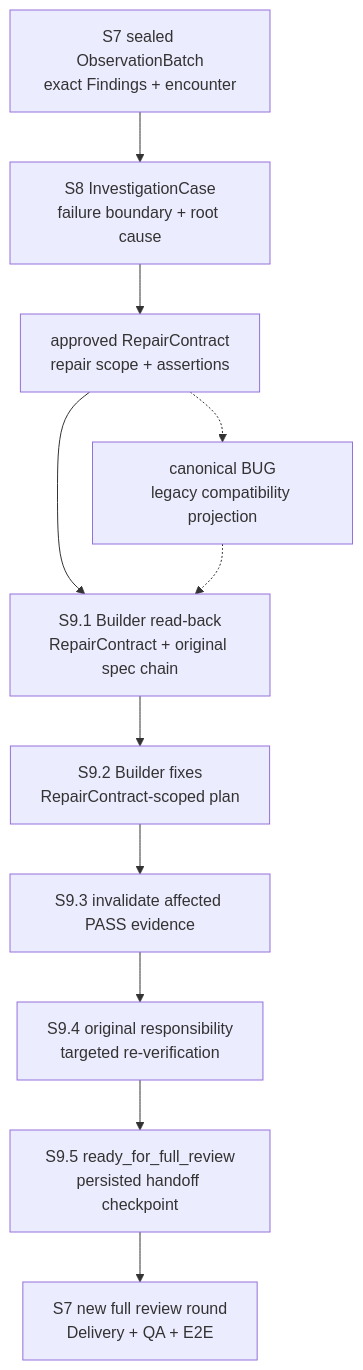
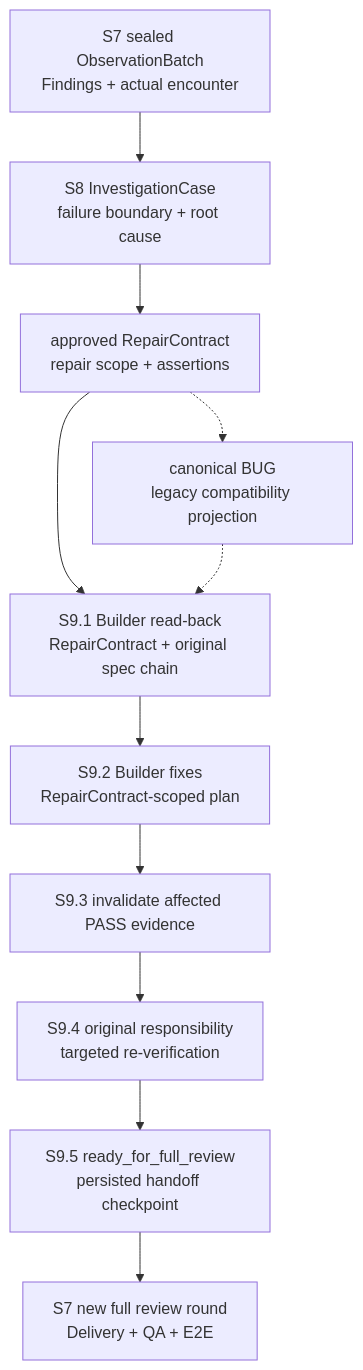
One commit to entroforge/go-system-builder changed the second of 2 diagrams in docs/control/agent-protocol.md. Above: the diagram before and after it, drawn with Mermaid. The commit also changed other lines of this file and 1562 other files, not shown here.

````diff
--- a/docs/control/agent-protocol.md
+++ b/docs/control/agent-protocol.md
@@ -535,17 +603,17 @@
   ```mermaid
   flowchart TD
-      FINDING["S7 sealed ObservationBatch<br/>exact Findings + encounter"]
+      FINDING["S7 sealed ObservationBatch<br/>Findings + actual encounter"]
       INVESTIGATE["S8 InvestigationCase<br/>failure boundary + root cause"]
       CONTRACT["approved RepairContract<br/>repair scope + assertions"]
       BUG["canonical BUG<br/>legacy compatibility projection"]
       READBACK["S9.1 Builder read-back<br/>RepairContract + original spec chain"]
       FIX["S9.2 Builder fixes<br/>RepairContract-scoped plan"]
       INVALIDATE["S9.3 invalidate affected PASS evidence"]
       TARGET["S9.4 original responsibility<br/>targeted re-verification"]
       HANDOFF["S9.5 ready_for_full_review<br/>persisted handoff checkpoint"]
       REVIEW["S7 new full review round<br/>Delivery + QA + E2E"]
 
       FINDING --> INVESTIGATE --> CONTRACT --> READBACK --> FIX --> INVALIDATE --> TARGET --> HANDOFF --> REVIEW
       CONTRACT -.-> BUG
       BUG -.-> READBACK
   ```
````
